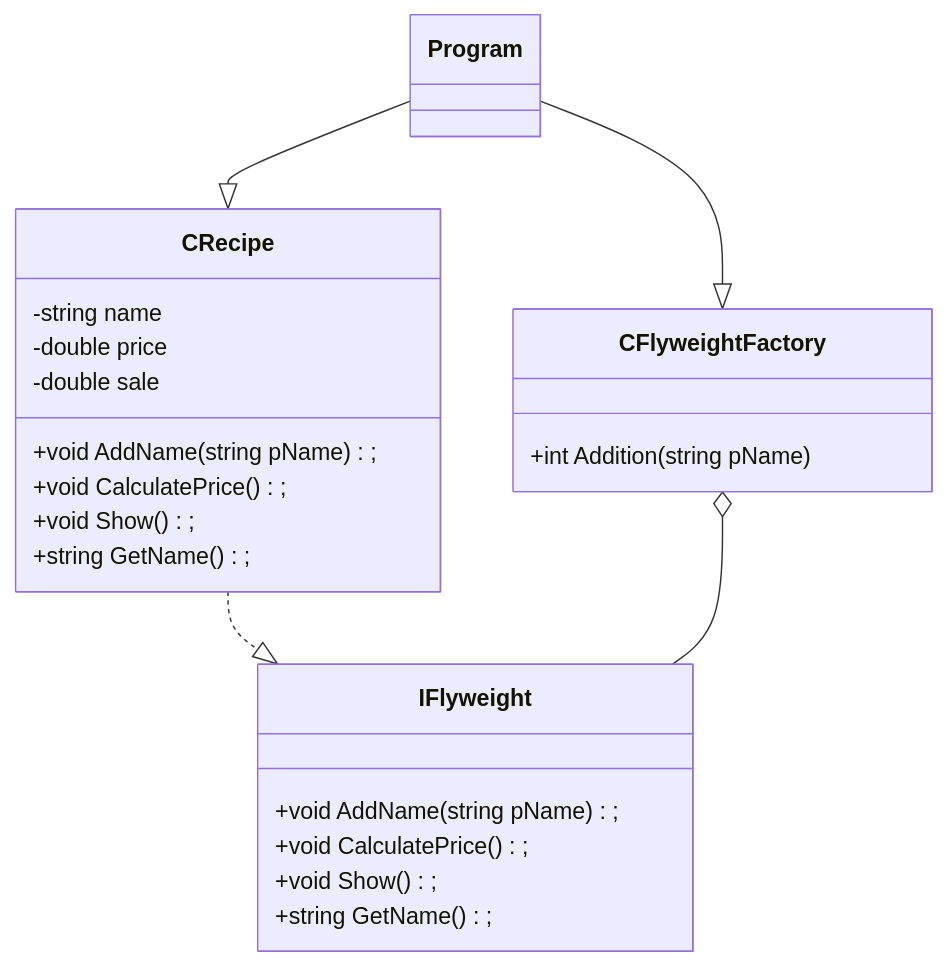
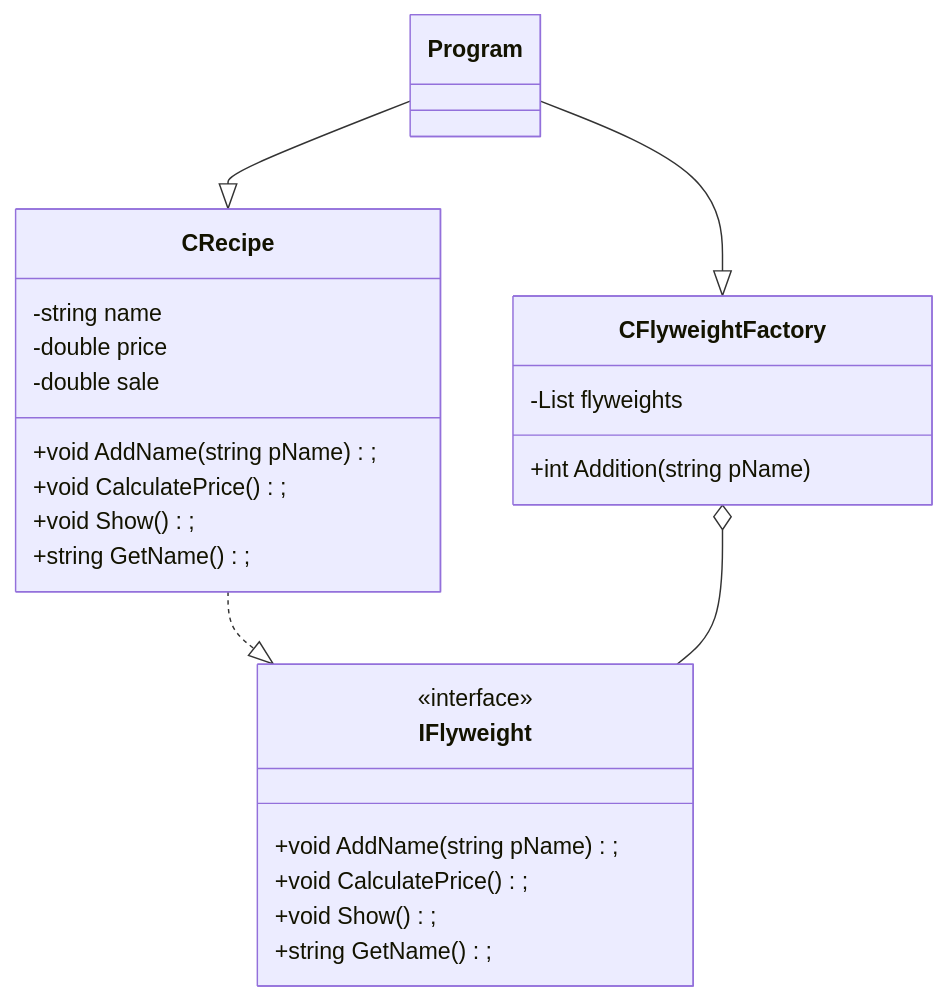
One commit to maherme/design_patterns changed the second of 2 diagrams in 06_flyweight/README.md. Above: the diagram before and after it, drawn with Mermaid. The commit also changed other lines of this file, not shown here.

````diff
--- a/06_flyweight/README.md
+++ b/06_flyweight/README.md
@@ -36,26 +37,28 @@
 ```mermaid
   classDiagram
     class Program
     class IFlyweight{
+      <<interface>>
       +void AddName(string pName);
       +void CalculatePrice();
       +void Show();
       +string GetName();
     }
     class CFlyweightFactory{
+      -List flyweights
       +int Addition(string pName)
     }
     class CRecipe{
       -string name
       -double price
       -double sale
       +void AddName(string pName);
       +void CalculatePrice();
       +void Show();
       +string GetName();
     }
     Program --|> CFlyweightFactory
     Program --|> CRecipe
     CRecipe ..|> IFlyweight
     CFlyweightFactory o-- IFlyweight
 ```
````
